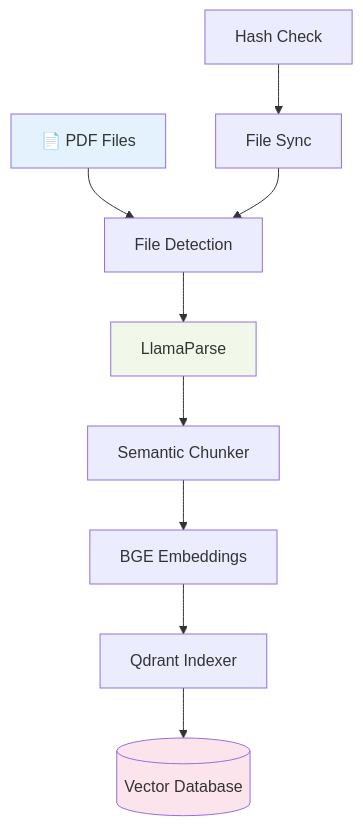
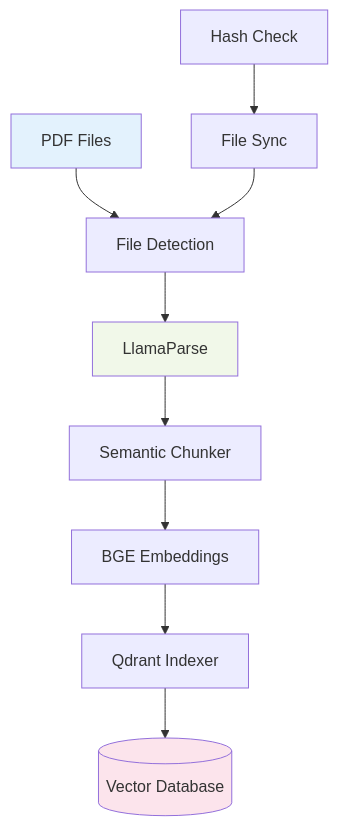
The diagram in docs/modules/ingestion.md (Senummm/MedArchive-Rag), drawn with Mermaid before and after one commit. The commit also changed other lines of this file and 7 other files, not shown here.

````diff
--- a/docs/modules/ingestion.md
+++ b/docs/modules/ingestion.md
@@ -11,16 +11,16 @@
 ```mermaid
 graph TB
-    PDF[📄 PDF Files] --> Detect[File Detection]
+    PDF[PDF Files] --> Detect[File Detection]
     Detect --> Parse[LlamaParse]
     Parse --> Chunk[Semantic Chunker]
     Chunk --> Embed[BGE Embeddings]
     Embed --> Index[Qdrant Indexer]
     Index --> VDB[(Vector Database)]
 
     FileSync[File Sync] --> Detect
     HashCheck[Hash Check] --> FileSync
 
     style PDF fill:#e3f2fd
     style Parse fill:#f1f8e9
     style VDB fill:#fce4ec
 ```
````
